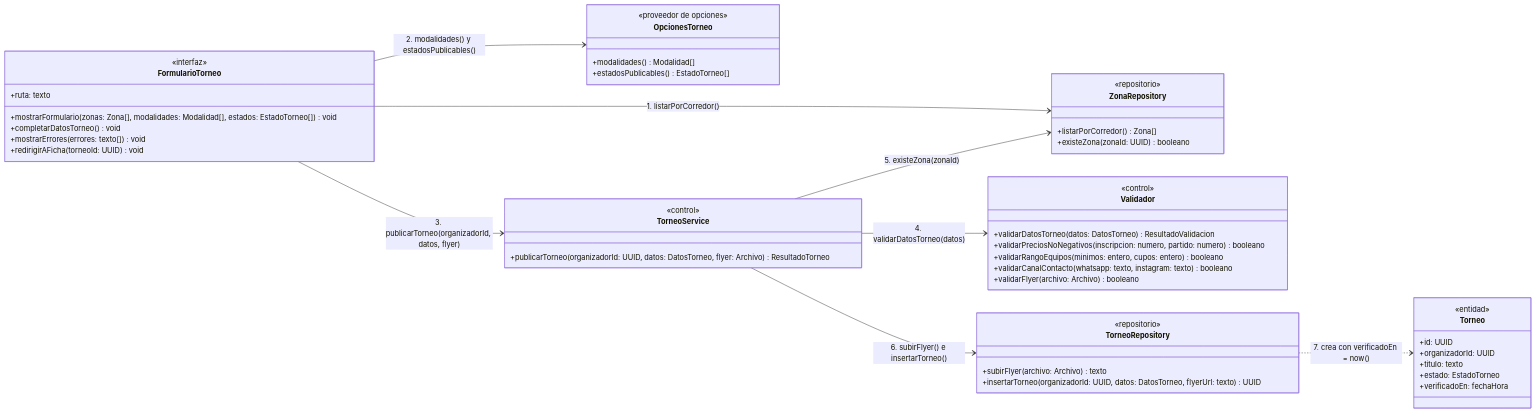
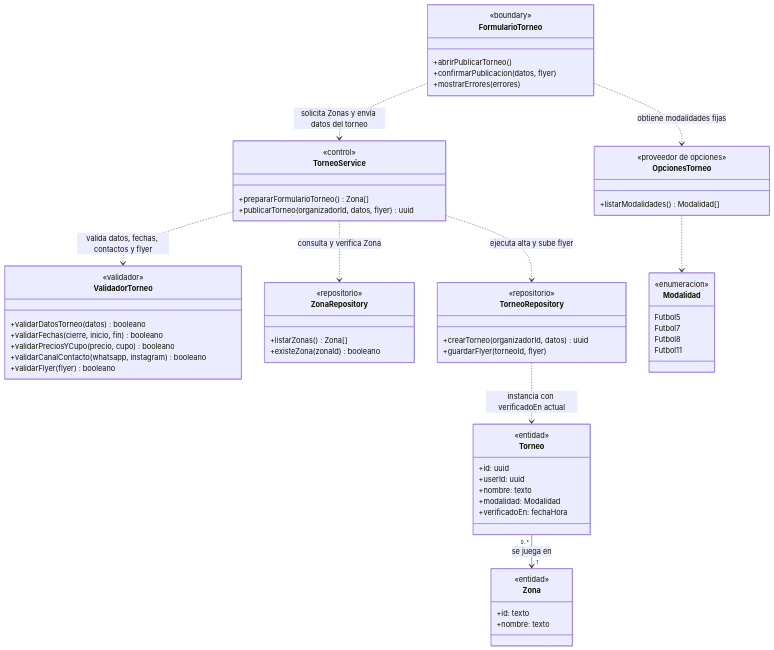
One commit to nicqletal/torneos-scraper changed the second of 8 diagrams in docs/diagramas-de-clase/organizador.md. Above: the diagram before and after it, drawn with Mermaid. The commit also changed other lines of this file and 12 other files, not shown here.

Commit message:
Correcion Diagramas de Clase

````diff
--- a/docs/diagramas-de-clase/organizador.md
+++ b/docs/diagramas-de-clase/organizador.md
@@ -149,62 +130,65 @@
 ```mermaid
 classDiagram
-    direction LR
-
-    class FormularioTorneo {
-        <<interfaz>>
-        +ruta: texto
-        +mostrarFormulario(zonas: Zona[], modalidades: Modalidad[], estados: EstadoTorneo[]) void
-        +completarDatosTorneo() void
-        +mostrarErrores(errores: texto[]) void
-        +redirigirAFicha(torneoId: UUID) void
-    }
-
-    class ZonaRepository {
-        <<repositorio>>
-        +listarPorCorredor() Zona[]
-        +existeZona(zonaId: UUID) booleano
-    }
-
-    class OpcionesTorneo {
-        <<proveedor de opciones>>
-        +modalidades() Modalidad[]
-        +estadosPublicables() EstadoTorneo[]
-    }
-
-    class TorneoService {
-        <<control>>
-        +publicarTorneo(organizadorId: UUID, datos: DatosTorneo, flyer: Archivo) ResultadoTorneo
-    }
-
-    class Validador {
-        <<control>>
-        +validarDatosTorneo(datos: DatosTorneo) ResultadoValidacion
-        +validarPreciosNoNegativos(inscripcion: numero, partido: numero) booleano
-        +validarRangoEquipos(minimos: entero, cupos: entero) booleano
-        +validarCanalContacto(whatsapp: texto, instagram: texto) booleano
-        +validarFlyer(archivo: Archivo) booleano
-    }
-
-    class TorneoRepository {
-        <<repositorio>>
-        +subirFlyer(archivo: Archivo) texto
-        +insertarTorneo(organizadorId: UUID, datos: DatosTorneo, flyerUrl: texto) UUID
-    }
-
-    class Torneo {
-        <<entidad>>
-        +id: UUID
-        +organizadorId: UUID
-        +titulo: texto
-        +estado: EstadoTorneo
-        +verificadoEn: fechaHora
-    }
-
-    FormularioTorneo --> ZonaRepository : 1. listarPorCorredor()
-    FormularioTorneo --> OpcionesTorneo : 2. modalidades() y estadosPublicables()
-    FormularioTorneo --> TorneoService : 3. publicarTorneo(organizadorId, datos, flyer)
-    TorneoService --> Validador : 4. validarDatosTorneo(datos)
-    TorneoService --> ZonaRepository : 5. existeZona(zonaId)
-    TorneoService --> TorneoRepository : 6. subirFlyer() e insertarTorneo()
-    TorneoRepository ..> Torneo : 7. crea con verificadoEn = now()
+direction TB
+class FormularioTorneo {
+  <<boundary>>
+  +abrirPublicarTorneo()
+  +confirmarPublicacion(datos, flyer)
+  +mostrarErrores(errores)
+}
+class OpcionesTorneo {
+  <<proveedor de opciones>>
+  +listarModalidades() Modalidad[]
+}
+class TorneoService {
+  <<control>>
+  +prepararFormularioTorneo() Zona[]
+  +publicarTorneo(organizadorId, datos, flyer) uuid
+}
+class ValidadorTorneo {
+  <<validador>>
+  +validarDatosTorneo(datos) booleano
+  +validarFechas(cierre, inicio, fin) booleano
+  +validarPreciosYCupo(precio, cupo) booleano
+  +validarCanalContacto(whatsapp, instagram) booleano
+  +validarFlyer(flyer) booleano
+}
+class ZonaRepository {
+  <<repositorio>>
+  +listarZonas() Zona[]
+  +existeZona(zonaId) booleano
+}
+class TorneoRepository {
+  <<repositorio>>
+  +crearTorneo(organizadorId, datos) uuid
+  +guardarFlyer(torneoId, flyer)
+}
+class Torneo {
+  <<entidad>>
+  +id: uuid
+  +userId: uuid
+  +nombre: texto
+  +modalidad: Modalidad
+  +verificadoEn: fechaHora
+}
+class Zona {
+  <<entidad>>
+  +id: texto
+  +nombre: texto
+}
+class Modalidad {
+  <<enumeracion>>
+  Futbol5
+  Futbol7
+  Futbol8
+  Futbol11
+}
+FormularioTorneo ..> OpcionesTorneo : obtiene modalidades fijas
+FormularioTorneo ..> TorneoService : solicita Zonas y envía datos del torneo
+TorneoService ..> ZonaRepository : consulta y verifica Zona
+TorneoService ..> ValidadorTorneo : valida datos, fechas, contactos y flyer
+TorneoService ..> TorneoRepository : ejecuta alta y sube flyer
+TorneoRepository ..> Torneo : instancia con verificadoEn actual
+Torneo "0..*" --> "1" Zona : se juega en
+OpcionesTorneo ..> Modalidad
 ```
````
